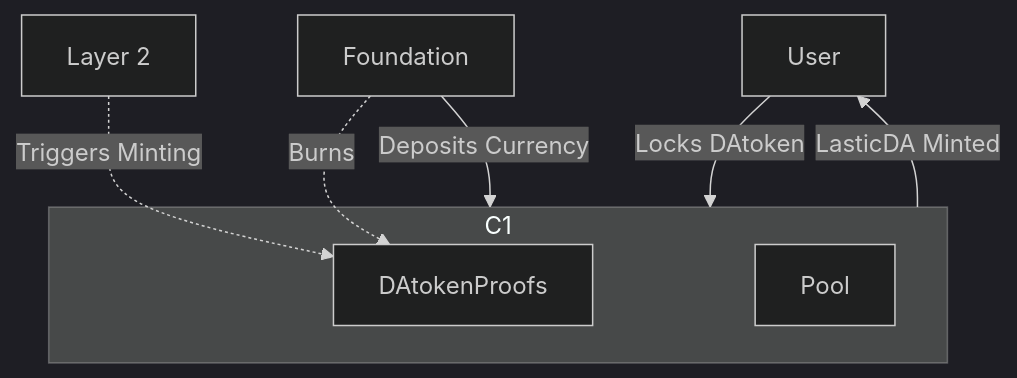
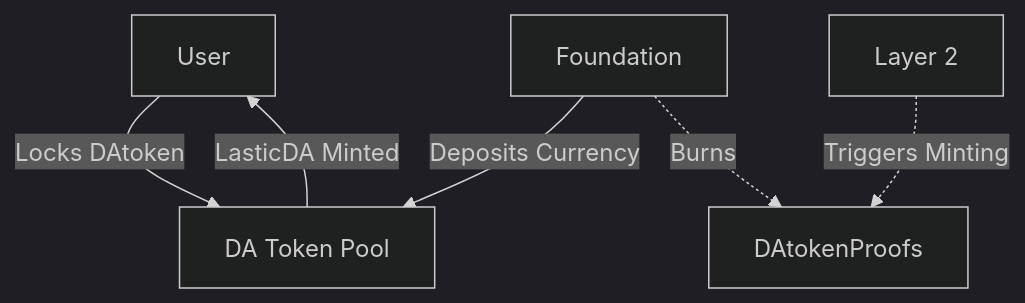
One commit to LasticXYZ/DAtokenPriceSim changed the seventh of 7 diagrams in README.md. Above: the diagram before and after it, drawn with Mermaid (dark theme). The commit also changed other lines of this file and 2 other files, not shown here.

````diff
--- a/README.md
+++ b/README.md
@@ -118,13 +146,8 @@
 ```mermaid
 flowchart TD
     A[User] -->|Locks DAtoken| C1[DA Token Pool]
     C1 -->|LasticDA Minted| A
     D[Foundation] -->|Deposits Currency| C1
     E[Layer 2] -.Triggers Minting .-> F[DAtokenProofs]
     D -.Burns .-> F
-
-    subgraph C1
-        C[Pool]
-        F
-    end
 ```
````
